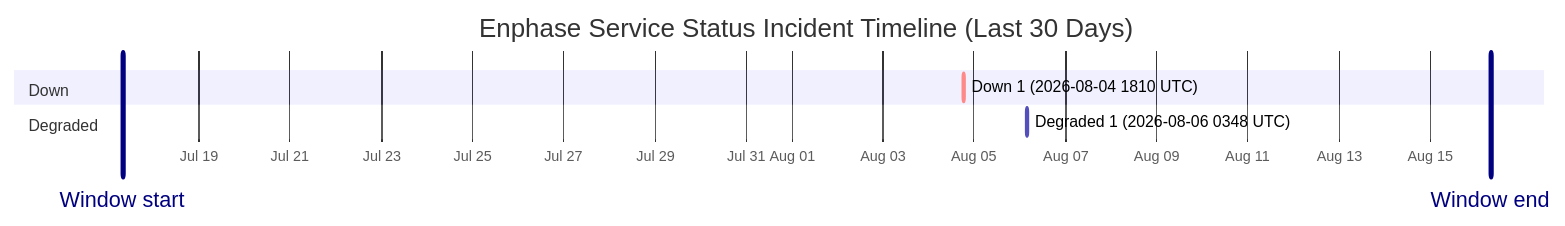
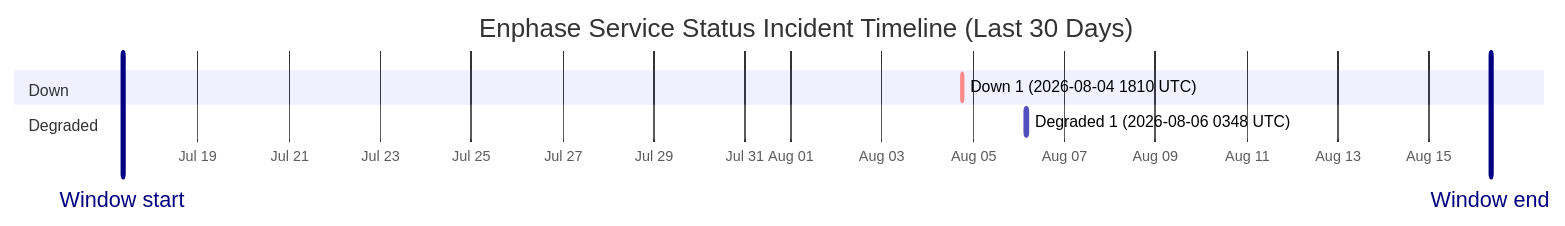
One commit to barneyonline/ha-enphase-energy changed the diagram in wiki/Service-Status-History.md. Above: the diagram before and after it, drawn with Mermaid. The commit also changed other lines of this file and 3 other files, not shown here.

````diff
--- a/wiki/Service-Status-History.md
+++ b/wiki/Service-Status-History.md
@@ -14,12 +14,12 @@
 ```mermaid
 gantt
     title Enphase Service Status Incident Timeline (Last 30 Days)
     dateFormat  YYYY-MM-DDTHH:mm:ss
     axisFormat  %b %d
-    Window start :vert, window-start, 2026-07-17T07:54:56, 0ms
-    Window end :vert, window-end, 2026-08-16T07:54:56, 0ms
+    Window start :vert, window-start, 2026-07-17T08:26:27, 0ms
+    Window end :vert, window-end, 2026-08-16T08:26:27, 0ms
     section Down
     Down 1 (2026-08-04 1810 UTC) :crit, down-1, 2026-08-04T18:10:46, 60m
     section Degraded
     Degraded 1 (2026-08-06 0348 UTC) :active, degraded-1, 2026-08-06T03:48:14, 60m
 ```
````
